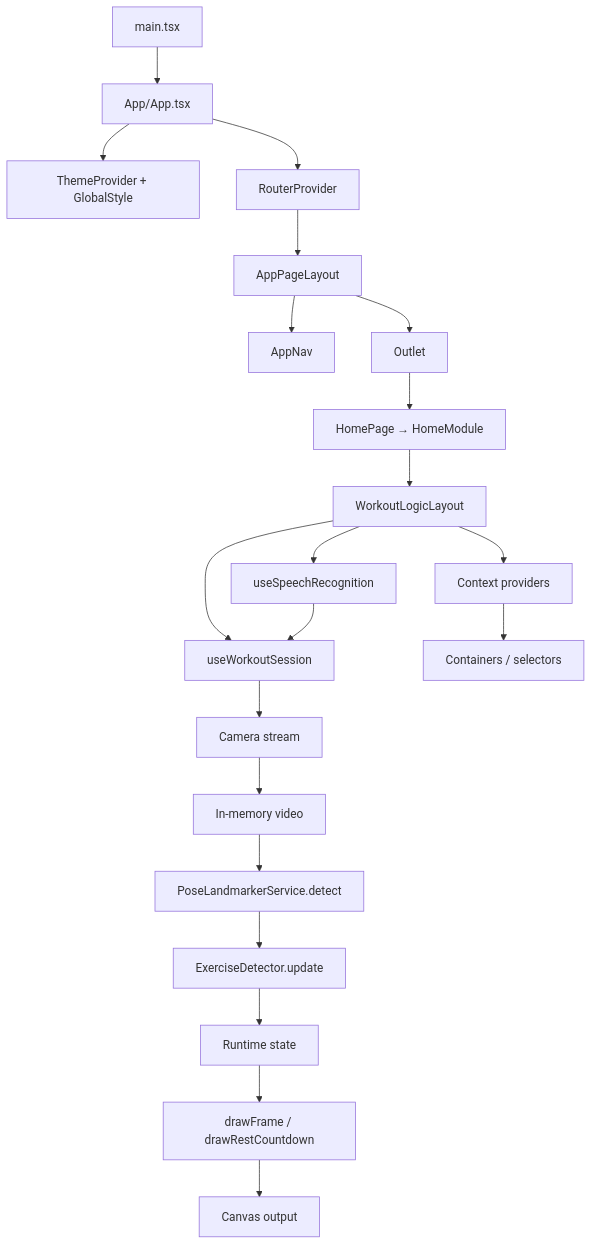
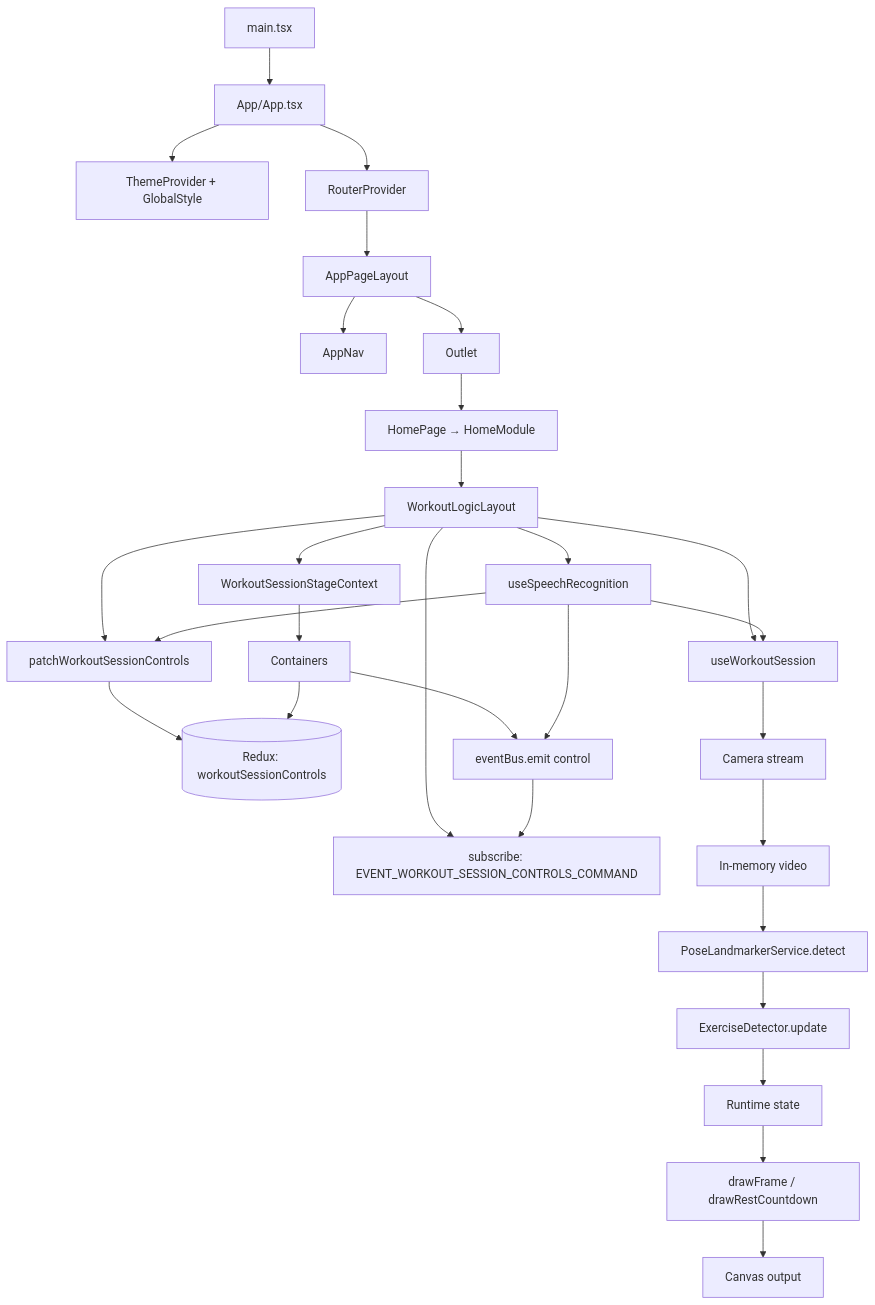
The diagram in docs/architecture.md (alexeyabretov00-eng/workout-counter-react), drawn with Mermaid before and after one commit. The commit also changed other lines of this file and 57 other files, not shown here.

First line of the commit message:
refactor: workoutSessionControls и EVENT_WORKOUT_SESSION_CONTROLS_COMMAND

````diff
--- a/docs/architecture.md
+++ b/docs/architecture.md
@@ -75,23 +81,32 @@
 ```mermaid
 flowchart TB
   Main[main.tsx] --> AppMod[App/App.tsx]
   AppMod --> Theme[ThemeProvider + GlobalStyle]
   AppMod --> R[RouterProvider]
   R --> APL[AppPageLayout]
   APL --> Nav[AppNav]
   APL --> Out[Outlet]
   Out --> Home[HomePage → HomeModule]
   Home --> WLL[WorkoutLogicLayout]
   WLL --> Session[useWorkoutSession]
   WLL --> Speech[useSpeechRecognition]
-  WLL --> Ctx[Context providers]
-  Ctx --> Cont[Containers / selectors]
+  WLL --> StageCtx[WorkoutSessionStageContext]
+  WLL --> Patch[patchWorkoutSessionControls]
+  WLL --> EBSub[subscribe: EVENT_WORKOUT_SESSION_CONTROLS_COMMAND]
+  Store[(Redux: workoutSessionControls)]
+  Patch --> Store
+  Cont[Containers] --> Store
+  Cont --> EBEmit[eventBus.emit control]
+  Speech --> EBEmit
+  Speech --> Patch
+  EBEmit --> EBSub
+  StageCtx --> Cont
   Speech --> Session
   Session --> Camera[Camera stream]
   Camera --> Video[In-memory video]
   Video --> Pose[PoseLandmarkerService.detect]
   Pose --> Detector[ExerciseDetector.update]
   Detector --> Runtime[Runtime state]
   Runtime --> Draw[drawFrame / drawRestCountdown]
   Draw --> Canvas[Canvas output]
 ```
````
